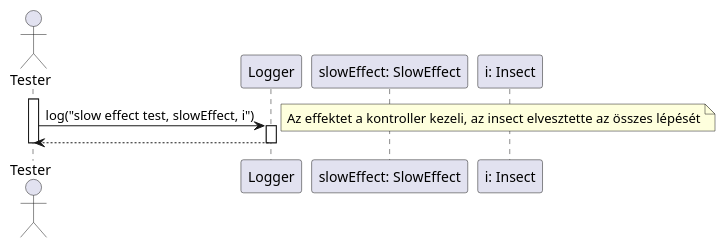
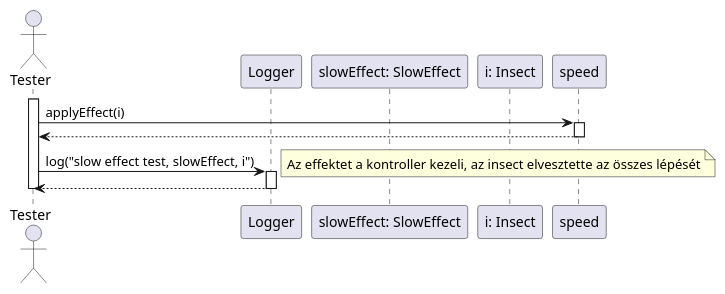
One commit to dzsem/projlab changed the diagram in diagrams/test-sequence/slowEffect.plantuml. Above: the diagram before and after it, drawn with PlantUML. The commit also changed 2 other files, not shown here.

Commit message:
added final stun effect diagram

```diff
--- a/diagrams/test-sequence/slowEffect.plantuml
+++ b/diagrams/test-sequence/slowEffect.plantuml
@@ -1,20 +1,26 @@
 @startuml slowEffect
 
 actor Tester as tester
 
 participant "Logger" as logger
 participant "slowEffect: SlowEffect" as slow
 participant "i: Insect" as insect
 
 activate tester
+
+tester -> speed: applyEffect(i)
+activate speed
+
+speed --> tester
+deactivate speed
 
 tester -> logger: log("slow effect test, slowEffect, i")
 note right: Az effektet a kontroller kezeli, az insect elvesztette az összes lépését
 activate logger
 
 logger--> tester
 deactivate logger
 
 deactivate tester
 
 @enduml
```
